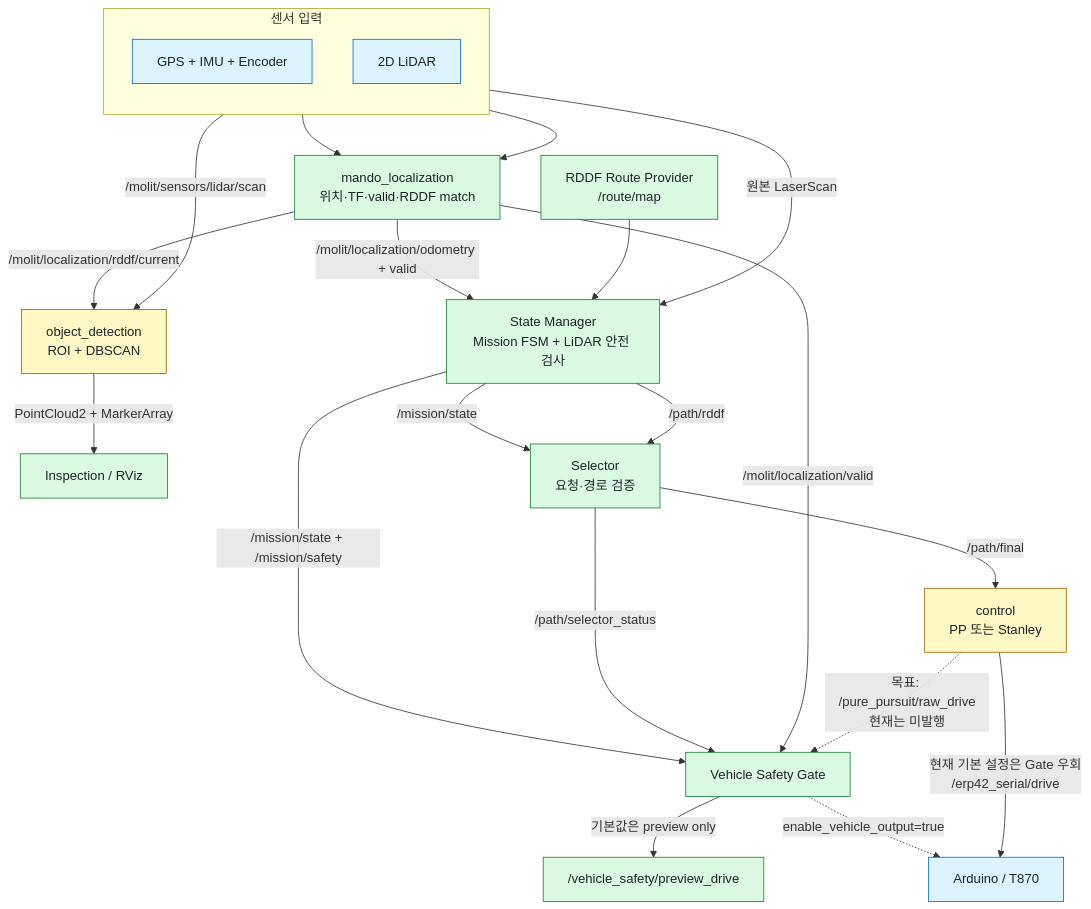
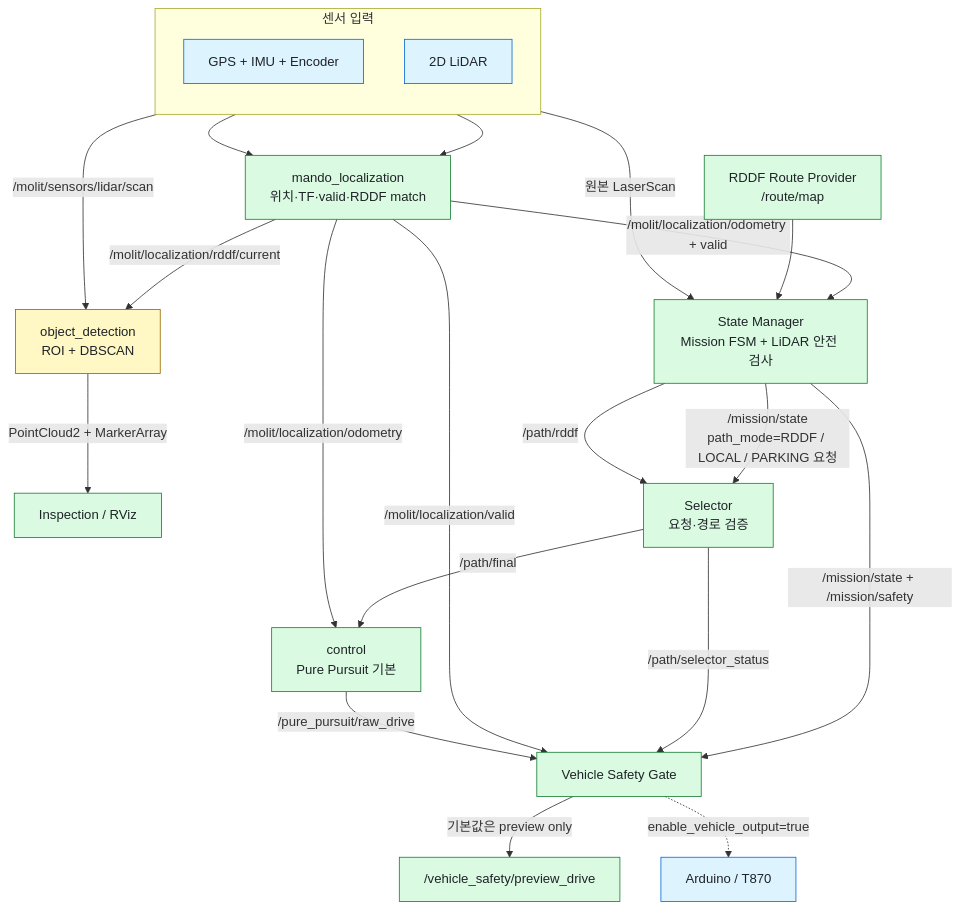
The first of 3 diagrams in docs/architecture.md (Team-Stier/HL-FMA-1-5-2026), drawn with Mermaid before and after one commit. The commit also changed other lines of this file and 10 other files, not shown here.

Commit message:
Connect path tracking control to safety pipeline

````diff
--- a/docs/architecture.md
+++ b/docs/architecture.md
@@ -68,42 +67,42 @@
 ```mermaid
 flowchart TB
     classDef active fill:#dafbe1,stroke:#1a7f37,color:#1f2328
     classDef partial fill:#fff8c5,stroke:#9a6700,color:#1f2328
     classDef support fill:#ddf4ff,stroke:#0969da,color:#1f2328
 
     subgraph hardware[센서 입력]
         direction TB
         MOTION[GPS + IMU + Encoder]:::support
         LIDAR[2D LiDAR]:::support
     end
 
     LOC[mando_localization<br/>위치·TF·valid·RDDF match]:::active
     ROUTE[RDDF Route Provider<br/>/route/map]:::active
     DET[object_detection<br/>ROI + DBSCAN]:::partial
     INSPECT[Inspection / RViz]:::active
     SM[State Manager<br/>Mission FSM + LiDAR 안전 검사]:::active
     SELECTOR[Selector<br/>요청·경로 검증]:::active
-    CONTROL[control<br/>PP 또는 Stanley]:::partial
+    CONTROL[control<br/>Pure Pursuit 기본]:::active
     GATE[Vehicle Safety Gate]:::active
     PREVIEW["/vehicle_safety/preview_drive"]:::active
     VEHICLE[Arduino / T870]:::support
 
     MOTION --> LOC
     LIDAR --> LOC
     LOC -->|/molit/localization/odometry + valid| SM
     LOC -->|/molit/localization/rddf/current| DET
     LIDAR -->|/molit/sensors/lidar/scan| DET
     LIDAR -->|원본 LaserScan| SM
     ROUTE --> SM
     DET -->|PointCloud2 + MarkerArray| INSPECT
-    SM -->|/mission/state| SELECTOR
+    SM -->|/mission/state<br/>path_mode=RDDF / LOCAL / PARKING 요청| SELECTOR
     SM -->|/path/rddf| SELECTOR
     SELECTOR -->|/path/final| CONTROL
+    LOC -->|/molit/localization/odometry| CONTROL
     SM -->|/mission/state + /mission/safety| GATE
     SELECTOR -->|/path/selector_status| GATE
     LOC -->|/molit/localization/valid| GATE
-    CONTROL -.->|목표: /pure_pursuit/raw_drive<br/>현재는 미발행| GATE
+    CONTROL -->|/pure_pursuit/raw_drive| GATE
     GATE -->|기본값은 preview only| PREVIEW
     GATE -.->|enable_vehicle_output=true| VEHICLE
-    CONTROL -->|현재 기본 설정은 Gate 우회<br/>/erp42_serial/drive| VEHICLE
 ```
````
